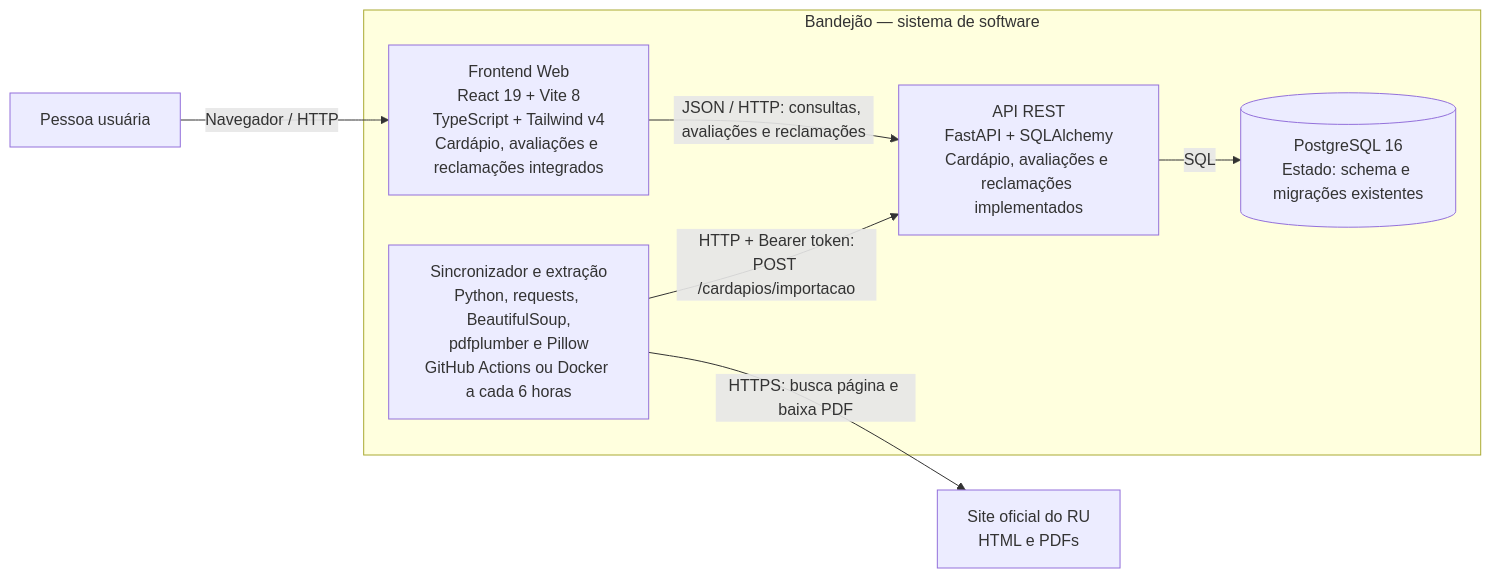
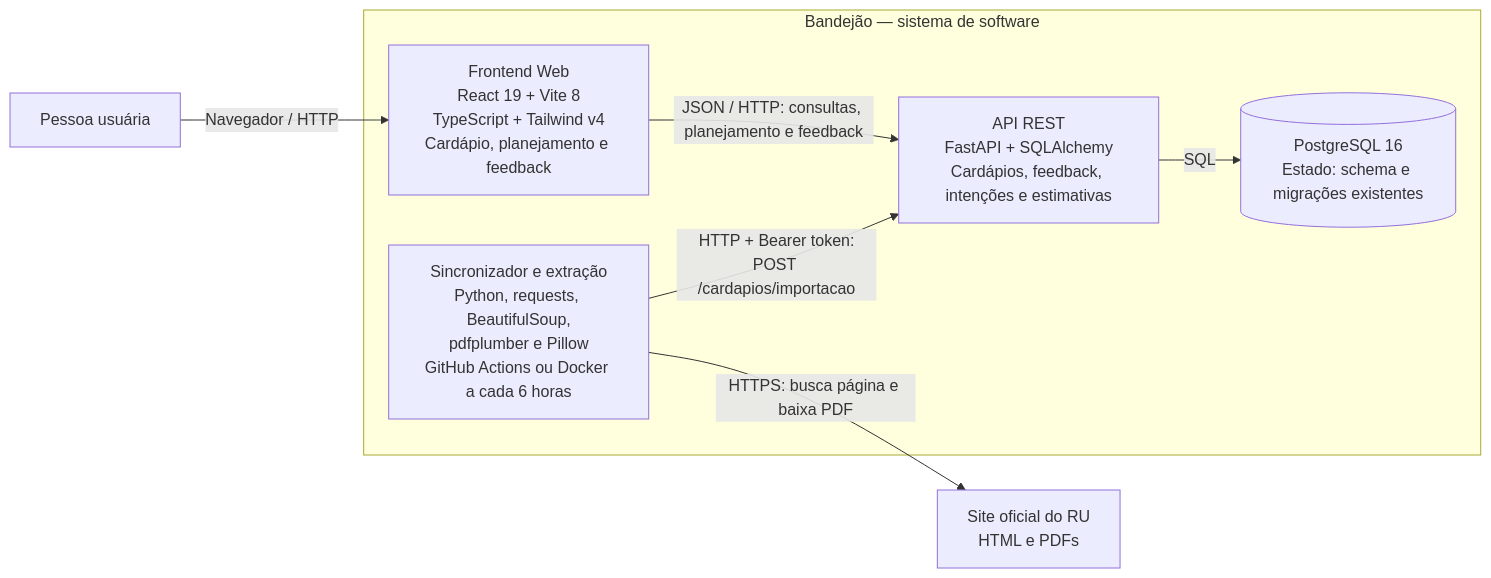
The second of 3 diagrams in docs/Arquitetura.md (unb-mds/2026-2-Bandejao), drawn with Mermaid before and after one commit. The commit also changed other lines of this file and 6 other files, not shown here.

````diff
--- a/docs/Arquitetura.md
+++ b/docs/Arquitetura.md
@@ -34,18 +34,18 @@
 ```mermaid
 flowchart LR
     pessoa["Pessoa usuária"]
     site["Site oficial do RU<br/>HTML e PDFs"]
 
     subgraph sistema["Bandejão — sistema de software"]
-        web["Frontend Web<br/>React 19 + Vite 8<br/>TypeScript + Tailwind v4<br/>Cardápio, avaliações e reclamações integrados"]
-        api["API REST<br/>FastAPI + SQLAlchemy<br/>Cardápio, avaliações e reclamações implementados"]
+        web["Frontend Web<br/>React 19 + Vite 8<br/>TypeScript + Tailwind v4<br/>Cardápio, planejamento e feedback"]
+        api["API REST<br/>FastAPI + SQLAlchemy<br/>Cardápios, feedback, intenções e estimativas"]
         banco[("PostgreSQL 16<br/>Estado: schema e migrações existentes")]
         extracao["Sincronizador e extração<br/>Python, requests, BeautifulSoup,<br/>pdfplumber e Pillow<br/>GitHub Actions ou Docker a cada 6 horas"]
     end
 
     pessoa -->|"Navegador / HTTP"| web
-    web -->|"JSON / HTTP: consultas, avaliações e reclamações"| api
+    web -->|"JSON / HTTP: consultas, planejamento e feedback"| api
     api -->|"SQL"| banco
     extracao -->|"HTTPS: busca página e baixa PDF"| site
     extracao -->|"HTTP + Bearer token:<br/>POST /cardapios/importacao"| api
 ```
````
